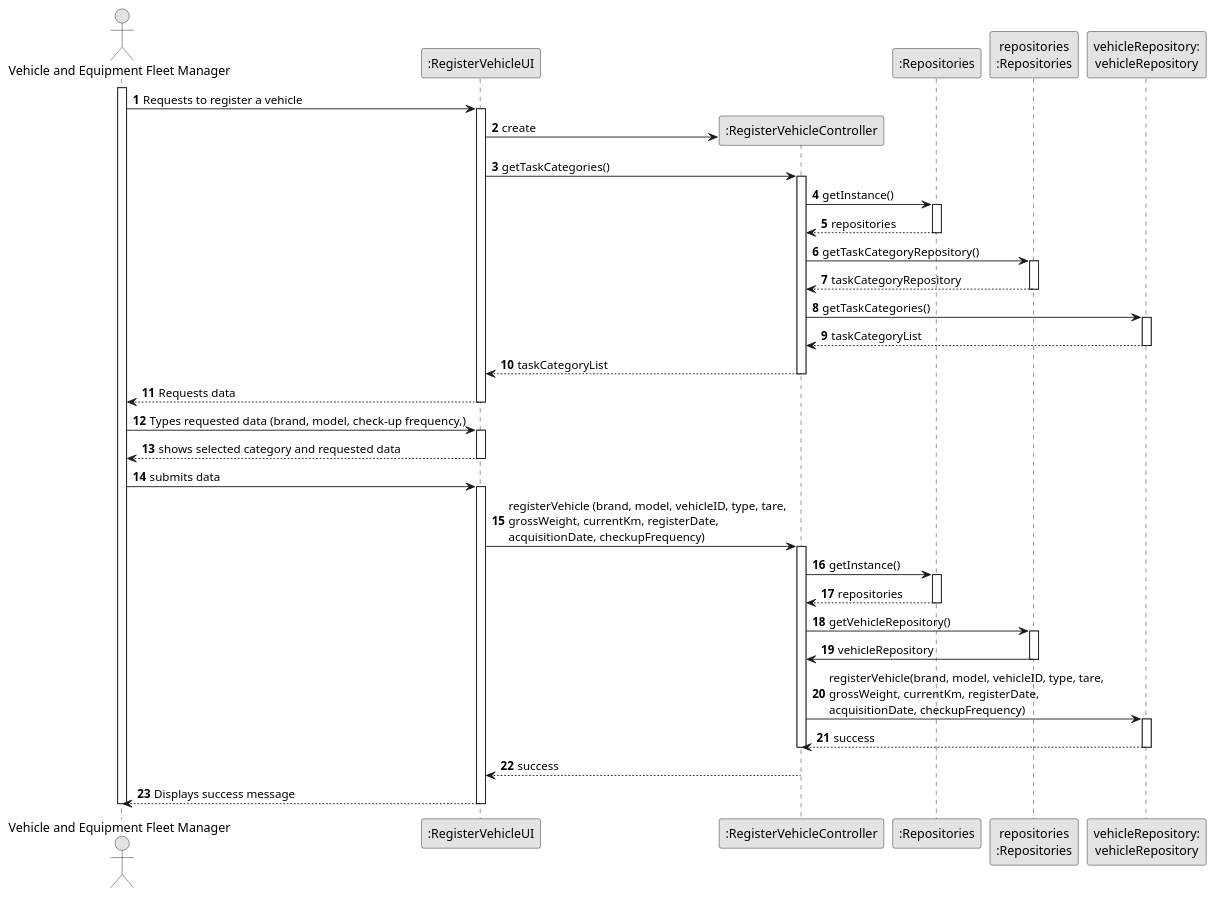
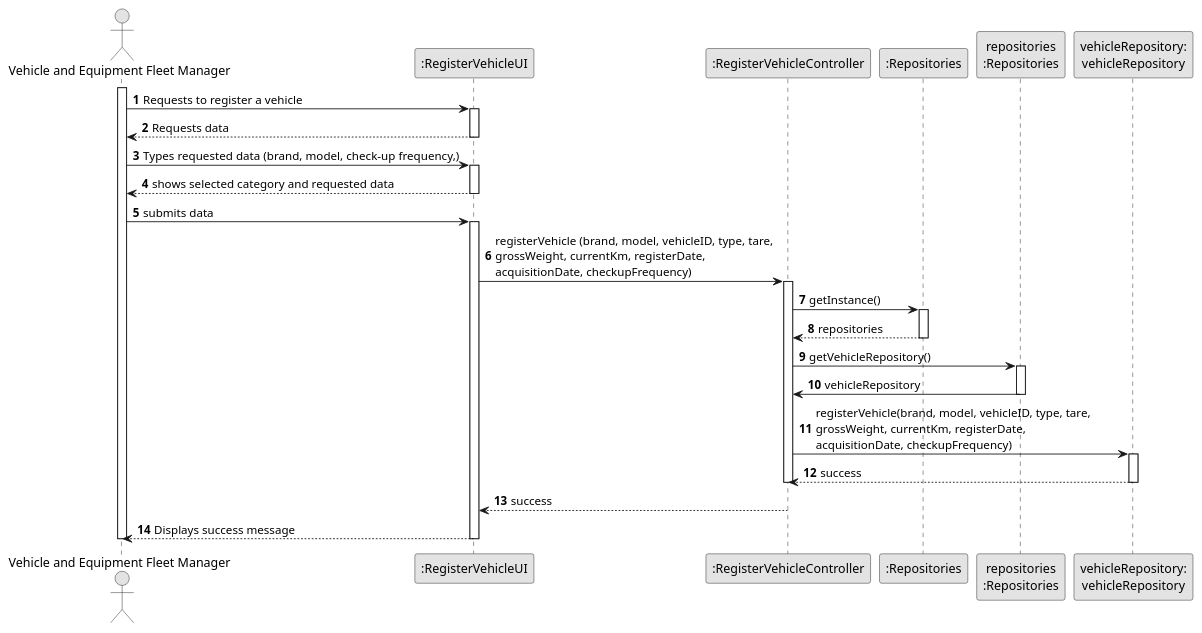
The diagram in docs/sprint B/us006/03.design/puml/us006-sequence-diagram-full.puml (Departamento-de-Engenharia-Informatica/lei-24-s2-1df-1de-g063), drawn with PlantUML before and after one commit.

Commit message:
SD US006 completa

```diff
--- a/docs/sprint B/us006/03.design/puml/us006-sequence-diagram-full.puml
+++ b/docs/sprint B/us006/03.design/puml/us006-sequence-diagram-full.puml
@@ -1,100 +1,72 @@
 @startuml
 skinparam monochrome true
 skinparam packageStyle rectangle
 skinparam shadowing false
 
 autonumber
 
 'hide footbox
 actor "Vehicle and Equipment Fleet Manager" as ADM
 participant ":RegisterVehicleUI" as UI
 participant ":RegisterVehicleController" as CTRL
 participant ":Repositories" as RepositorySingleton
 participant "repositories\n:Repositories" as PLAT
 participant "vehicleRepository:\nvehicleRepository" as TaskCategoryRepository
 
 
 activate ADM
 
         ADM -> UI : Requests to register a vehicle
 
         activate UI
-
-'            UI --> ADM : requests data (reference, description,  informal \n description, technical description, duration, cost)
-            'create CTRL
-            UI -> CTRL** : create
-
-            UI -> CTRL : getTaskCategories()
-            activate CTRL
-
-                CTRL -> RepositorySingleton : getInstance()
-                activate RepositorySingleton
-
-                    RepositorySingleton --> CTRL: repositories
-                deactivate RepositorySingleton
-
-                CTRL -> PLAT : getTaskCategoryRepository()
-                activate PLAT
-
-                    PLAT --> CTRL: taskCategoryRepository
-                deactivate PLAT
-
-                CTRL -> TaskCategoryRepository : getTaskCategories()
-                activate TaskCategoryRepository
-
-                    TaskCategoryRepository --> CTRL : taskCategoryList
-                deactivate TaskCategoryRepository
-
-                CTRL --> UI : taskCategoryList
-            deactivate CTRL
 
             UI --> ADM : Requests data
         deactivate UI
 
 
     ADM -> UI : Types requested data (brand, model, check-up frequency,)
     activate UI
 
         UI --> ADM : shows selected category and requested data
     deactivate UI
 
     ADM -> UI : submits data
     activate UI
 
         UI -> CTRL : registerVehicle (brand, model, vehicleID, type, tare,\ngrossWeight, currentKm, registerDate, \nacquisitionDate, checkupFrequency)
         activate CTRL
 
 
 
                 CTRL -> RepositorySingleton : getInstance()
                 activate RepositorySingleton
 
                     RepositorySingleton --> CTRL: repositories
                 deactivate RepositorySingleton
 
                 CTRL -> PLAT : getVehicleRepository()
                 activate PLAT
 
                     PLAT -> CTRL : vehicleRepository
                 deactivate PLAT
 
                 CTRL -> TaskCategoryRepository : registerVehicle(brand, model, vehicleID, type, tare,\ngrossWeight, currentKm, registerDate, \nacquisitionDate, checkupFrequency)
                 activate TaskCategoryRepository
 
                     TaskCategoryRepository --> CTRL : success
                 deactivate TaskCategoryRepository
 
             deactivate CTRL
 
 
 
 
 
             CTRL --> UI: success
             deactivate CTRL
             UI --> ADM: Displays success message
     deactivate UI
 
 deactivate ADM
 
 @enduml
```
